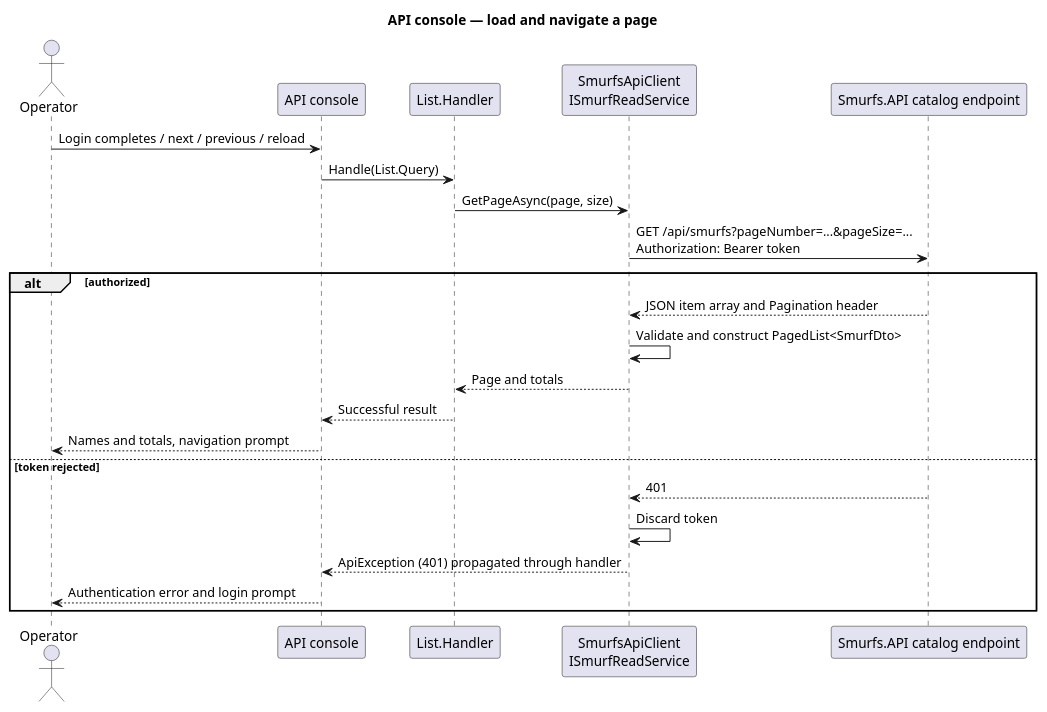
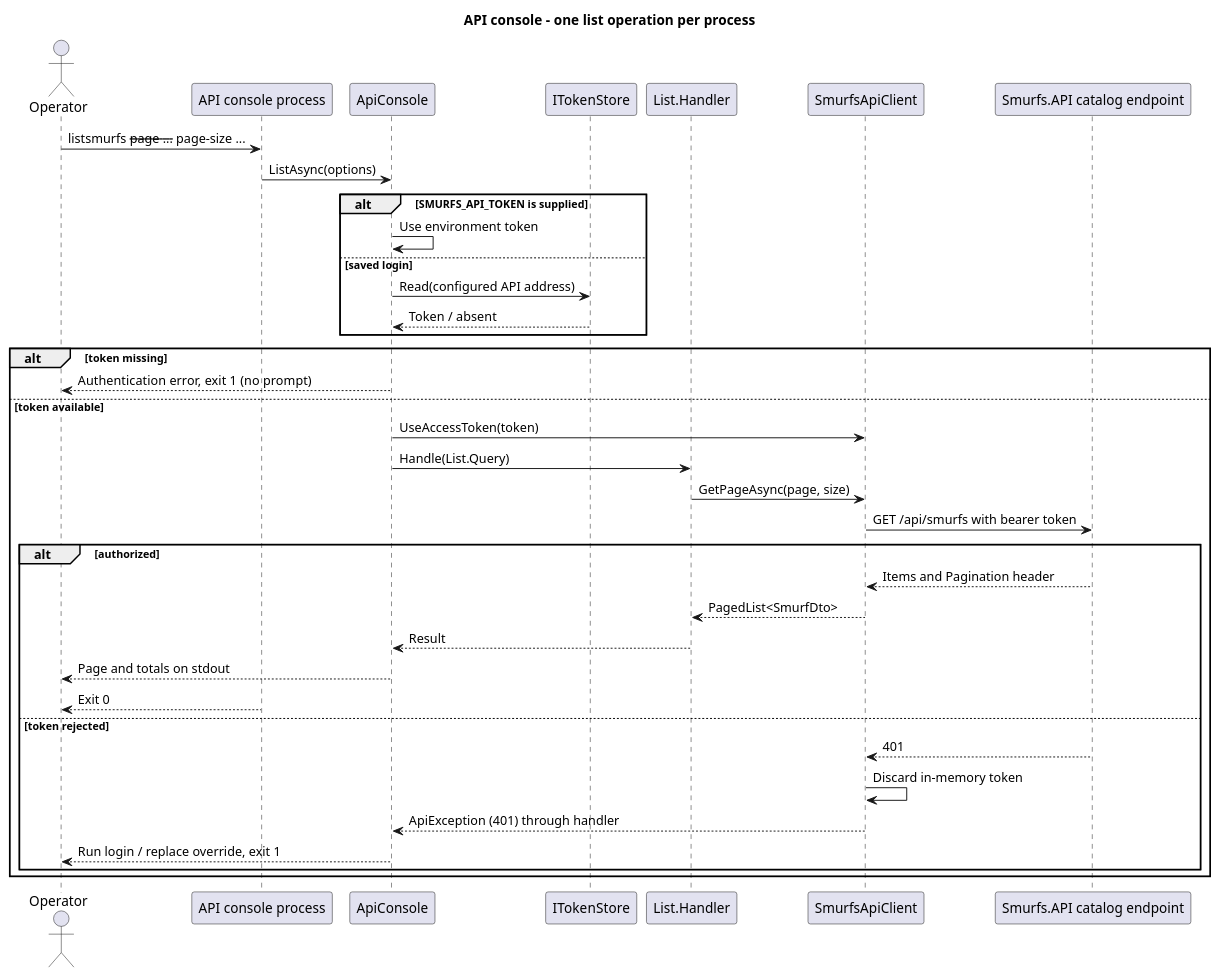
One commit to EbbeMeloSorensen/Smurfs changed the diagram in docs/behavioral/diagrams/api-console-list.puml. Above: the diagram before and after it, drawn with PlantUML. The commit also changed 28 other files, not shown here.

Commit message:
Align API console commands and persist endpoint-scoped login

```diff
--- a/docs/behavioral/diagrams/api-console-list.puml
+++ b/docs/behavioral/diagrams/api-console-list.puml
@@ -1,24 +1,38 @@
 @startuml
-title API console — load and navigate a page
+title API console - one list operation per process
 actor Operator
-participant "API console" as CLI
+participant "API console process" as CLI
+participant ApiConsole as Command
+participant ITokenStore as Store
 participant "List.Handler" as List
-participant "SmurfsApiClient\nISmurfReadService" as Client
+participant SmurfsApiClient as Client
 participant "Smurfs.API catalog endpoint" as API
-Operator -> CLI : Login completes / next / previous / reload
-CLI -> List : Handle(List.Query)
-List -> Client : GetPageAsync(page, size)
-Client -> API : GET /api/smurfs?pageNumber=...&pageSize=...\nAuthorization: Bearer token
-alt authorized
-  API --> Client : JSON item array and Pagination header
-  Client -> Client : Validate and construct PagedList<SmurfDto>
-  Client --> List : Page and totals
-  List --> CLI : Successful result
-  CLI --> Operator : Names and totals, navigation prompt
-else token rejected
-  API --> Client : 401
-  Client -> Client : Discard token
-  Client --> CLI : ApiException (401) propagated through handler
-  CLI --> Operator : Authentication error and login prompt
+Operator -> CLI : listsmurfs --page ... --page-size ...
+CLI -> Command : ListAsync(options)
+alt SMURFS_API_TOKEN is supplied
+  Command -> Command : Use environment token
+else saved login
+  Command -> Store : Read(configured API address)
+  Store --> Command : Token / absent
+end
+alt token missing
+  Command --> Operator : Authentication error, exit 1 (no prompt)
+else token available
+  Command -> Client : UseAccessToken(token)
+  Command -> List : Handle(List.Query)
+  List -> Client : GetPageAsync(page, size)
+  Client -> API : GET /api/smurfs with bearer token
+  alt authorized
+    API --> Client : Items and Pagination header
+    Client --> List : PagedList<SmurfDto>
+    List --> Command : Result
+    Command --> Operator : Page and totals on stdout
+    CLI --> Operator : Exit 0
+  else token rejected
+    API --> Client : 401
+    Client -> Client : Discard in-memory token
+    Client --> Command : ApiException (401) through handler
+    Command --> Operator : Run login / replace override, exit 1
+  end
 end
 @enduml
```
